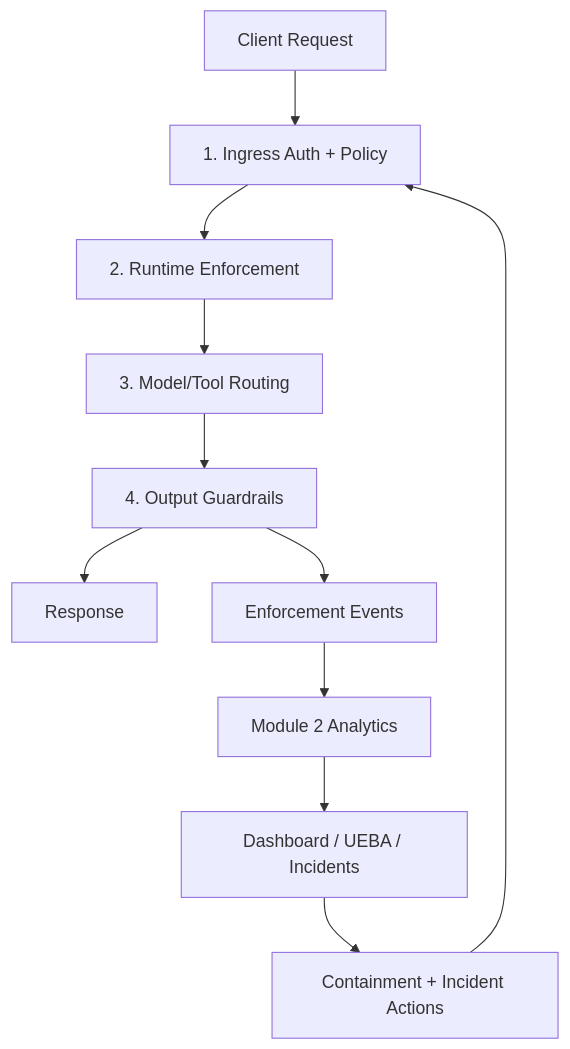
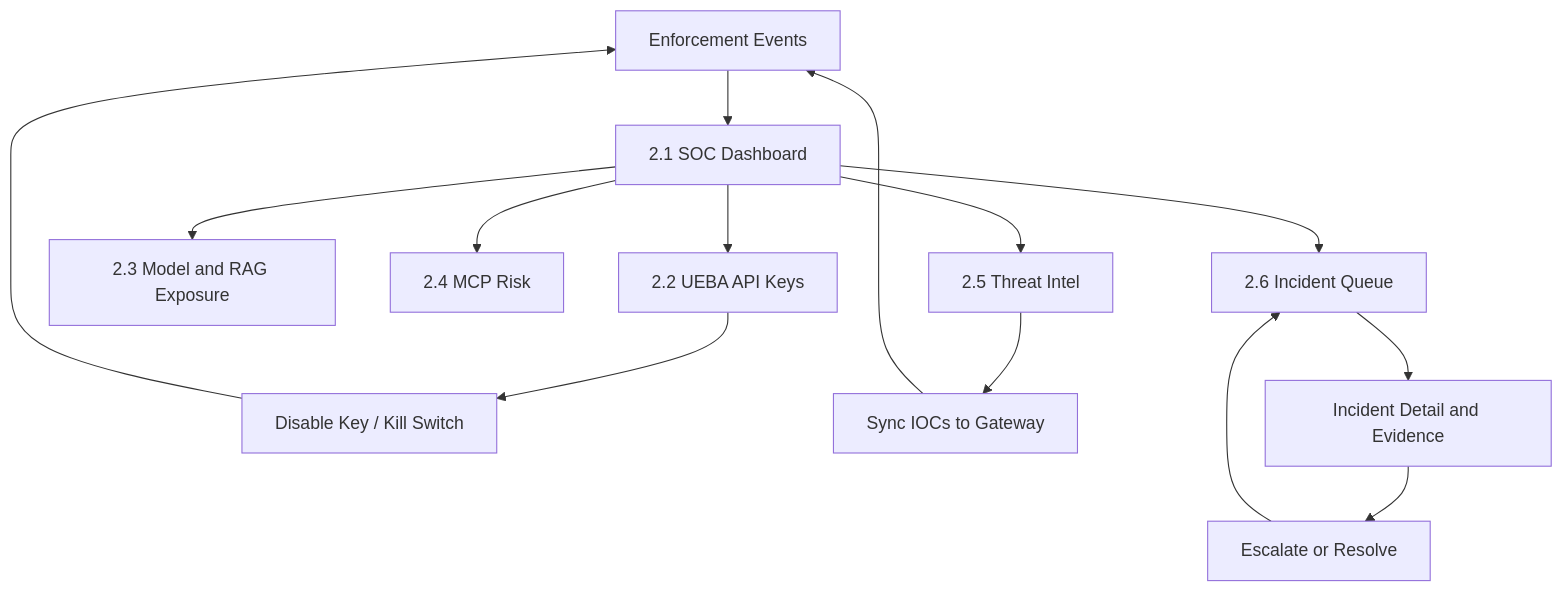
One commit to AnshSinghal-CyberUltron/AI_Mesh_Firewall changed the fourth of 11 diagrams in README.md. Above: the diagram before and after it, drawn with Mermaid. The commit also changed other lines of this file, not shown here.

First line of the commit message:
Expand README with full Module 1 content and detailed Module 2 documentation.

````diff
--- a/README.md
+++ b/README.md
@@ -131,13 +229,18 @@
 ```mermaid
 flowchart TD
-  req[Client Request] --> ingress[1. Ingress Auth + Policy]
-  ingress --> enforce[2. Runtime Enforcement]
-  enforce --> route[3. Model/Tool Routing]
-  route --> out[4. Output Guardrails]
-  out --> resp[Response]
-  out --> events[Enforcement Events]
-  events --> analytics[Module 2 Analytics]
-  analytics --> soc[Dashboard / UEBA / Incidents]
-  soc --> actions[Containment + Incident Actions]
-  actions --> ingress
+    EVT[Enforcement Events] --> DASH[2.1 SOC Dashboard]
+    DASH --> UEBA[2.2 UEBA API Keys]
+    DASH --> EXP[2.3 Model and RAG Exposure]
+    DASH --> MCP[2.4 MCP Risk]
+    DASH --> TI[2.5 Threat Intel]
+    DASH --> INC[2.6 Incident Queue]
+
+    UEBA --> CONTAIN[Disable Key / Kill Switch]
+    TI --> SYNC[Sync IOCs to Gateway]
+    INC --> DETAIL[Incident Detail and Evidence]
+    DETAIL --> ACT[Escalate or Resolve]
+
+    CONTAIN --> EVT
+    SYNC --> EVT
+    ACT --> INC
 ```
````
